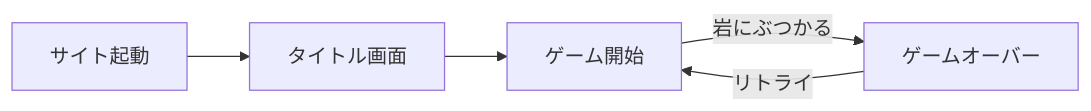
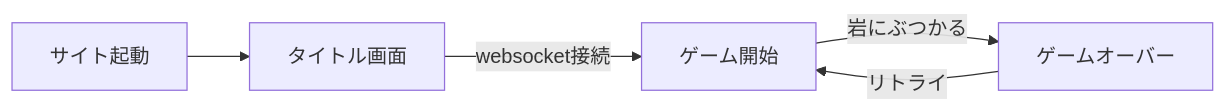
Before and after one commit to nRen28/2025TrainingGraduationProject: the second of 2 diagrams in README.md, drawn with Mermaid. The commit also changed other lines of this file and 1 other file, not shown here.

````diff
--- a/README.md
+++ b/README.md
@@ -133,7 +136,7 @@
 ```mermaid
 flowchart LR;
     サイト起動 --> タイトル画面
-    タイトル画面 --> ゲーム開始
+    タイトル画面 --> |websocket接続|ゲーム開始
     ゲーム開始 -->|岩にぶつかる|ゲームオーバー
     ゲームオーバー-->|リトライ|ゲーム開始
 ```
````
